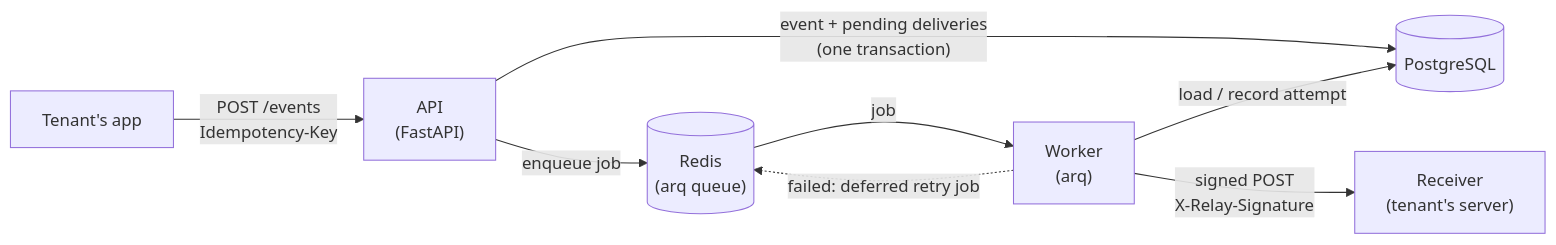
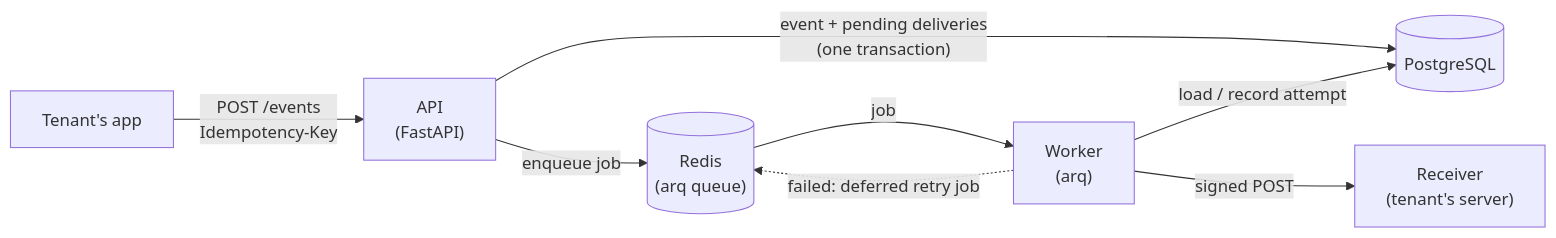
Before and after one commit to cellobeans/relay: the first of 3 diagrams in README.md, drawn with Mermaid. The commit also changed other lines of this file, not shown here.

Commit message:
docs: polish README with badges, diagrams, API reference, and receiver guide

````diff
--- a/README.md
+++ b/README.md
@@ -14,10 +108,10 @@
 ```mermaid
 flowchart LR
     T["Tenant's app"] -- "POST /events<br/>Idempotency-Key" --> API["API<br/>(FastAPI)"]
     API -- "event + pending deliveries<br/>(one transaction)" --> PG[("PostgreSQL")]
     API -- "enqueue job" --> R[("Redis<br/>(arq queue)")]
     R -- "job" --> W["Worker<br/>(arq)"]
     W -- "load / record attempt" --> PG
-    W -- "signed POST<br/>X-Relay-Signature" --> RX["Receiver<br/>(tenant's server)"]
+    W -- "signed POST" --> RX["Receiver<br/>(tenant's server)"]
     W -. "failed: deferred retry job" .-> R
 ```
````
